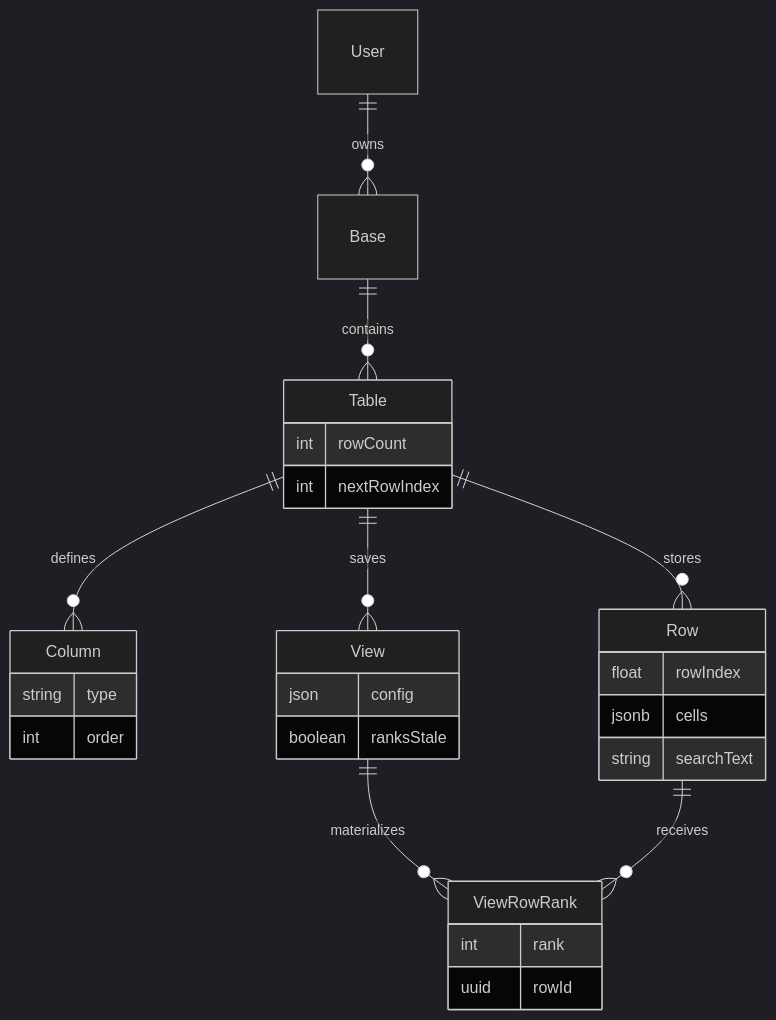
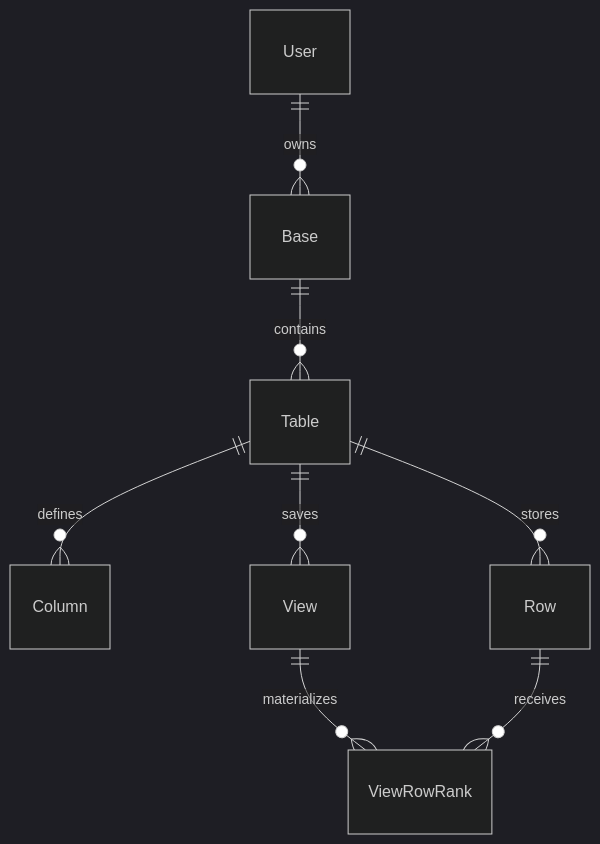
One commit to HarshitBadam/airtable-engine changed the diagram in docs/data-model.md. Above: the diagram before and after it, drawn with Mermaid (dark theme). The commit also changed other lines of this file and 16 other files, not shown here.

````diff
--- a/docs/data-model.md
+++ b/docs/data-model.md
@@ -5,32 +12,10 @@
 ```mermaid
 erDiagram
   User ||--o{ Base : owns
   Base ||--o{ Table : contains
   Table ||--o{ Column : defines
   Table ||--o{ View : saves
   Table ||--o{ Row : stores
   View ||--o{ ViewRowRank : materializes
   Row ||--o{ ViewRowRank : receives
-
-  Table {
-    int rowCount
-    int nextRowIndex
-  }
-  Column {
-    string type
-    int order
-  }
-  View {
-    json config
-    boolean ranksStale
-  }
-  Row {
-    float rowIndex
-    jsonb cells
-    string searchText
-  }
-  ViewRowRank {
-    int rank
-    uuid rowId
-  }
 ```
````
